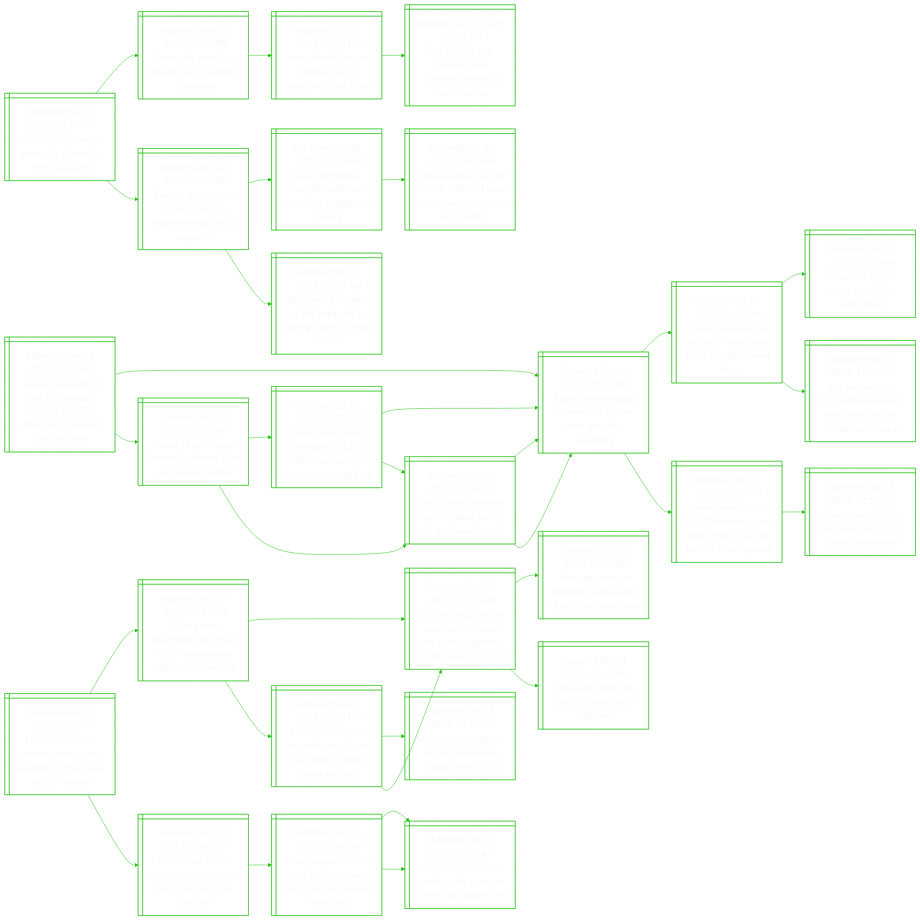
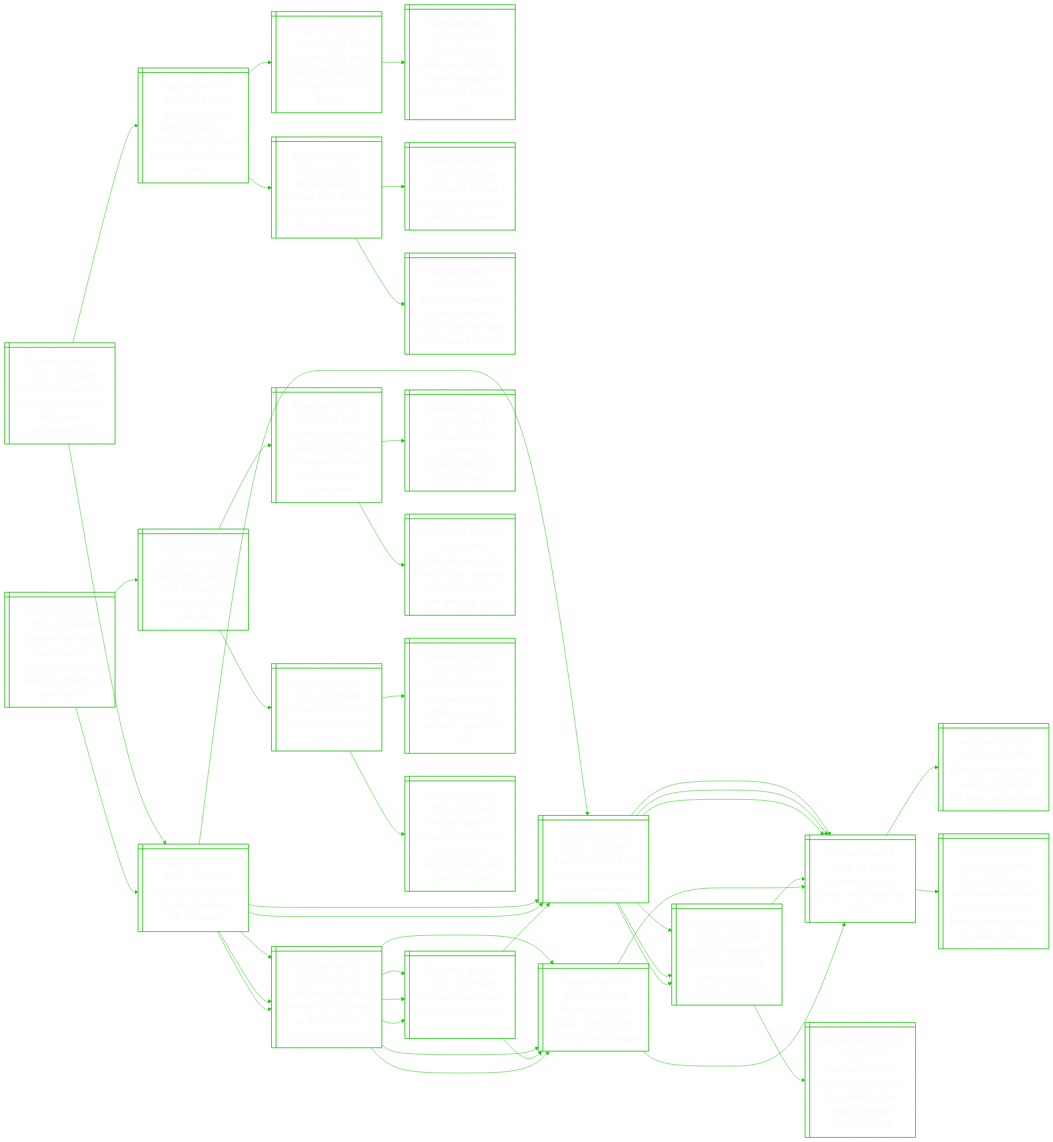
One commit to notJmes/notJmes changed the diagram in README.md. Above: the diagram before and after it, drawn with Mermaid. The commit also changed other lines of this file, not shown here.

````diff
--- a/README.md
+++ b/README.md
@@ -16,109 +16,139 @@
 flowchart LR
 classDef txtsize font-size:20px;
 
-Ctudieriaa@{ shape: win-pane, label: "_Published Nov 19, 2025, 07:17 PM_
-Christie’s suspends paris sale of world’s ‘first calculator’" }
-Dnpncotnv@{ shape: win-pane, label: "_Published Nov 06, 2025, 09:05 PM_
-Diamonds, napoleon brooch up for auction in geneva" }
-Jisedpunui@{ shape: win-pane, label: "_Published Oct 21, 2025, 10:50 PM_
-Jane birkin’s hermes handbag up for auction in abu dhabi" }
-TagBnhcait@{ shape: win-pane, label: "_Published Jul 10, 2025, 11:59 PM_
-The $12.8m bag: original birkin smashes records at paris auction" }
-Erehiaaasnnr@{ shape: win-pane, label: "_Published Mar 28, 2025, 05:00 AM_
-Electric dreams: the curious tale of a thomas edison fan in singapore" }
-TunMhlrhgaso@{ shape: win-pane, label: "_Published Aug 10, 2024, 05:00 AM_
-Treasure hunters: meet the collectors archiving singapore’s history" }
-SAsieohvlusZst@{ shape: win-pane, label: "_Published Oct 26, 2023, 06:45 PM_
-Sonny angels: the tiny cherub dolls that have stolen countless gen z girls’ hearts" }
-UentlgetqAut@{ shape: win-pane, label: "_Published Mar 07, 2025, 10:00 AM_
-Uncovering nuggets of old singapore at katong square antique centre" }
+Untatucfoawi@{ shape: win-pane, label: "_Published Nov 19, 2025, 11:13 PM_
+Us, uk and australia sanction russia cyber firms over ransomware links" }
+Ustpsyssisriico@{ shape: win-pane, label: "_Published Nov 19, 2025, 07:13 PM_
+Uk says ‘military options ready’ as russian spy ship uses lasers against air force pilots" }
+UltlTytnsP@{ shape: win-pane, label: "_Published Oct 28, 2025, 12:20 AM_
+Uk seals $13b jets deal with turkey in nato sign to russia’s putin" }
+Nycimreemifile@{ shape: win-pane, label: "_Published Sep 01, 2025, 12:44 AM_
+Norway selects british-made frigates to beef up maritime defence in $17 billion deal" }
+UjdfnnnnroiRae@{ shape: win-pane, label: "_Published Nov 08, 2025, 01:17 AM_
+Uk man jailed for offering then-defence minister’s information to russian ‘spies’" }
+Rebdikajde@{ shape: win-pane, label: "_Published Oct 24, 2025, 11:00 PM_
+Ringleader behind russia-linked uk arson jailed for 17 years" }
+BrccnabRaekoefi@{ shape: win-pane, label: "_Published Mar 07, 2025, 11:11 PM_
+Bulgarians convicted in britain of being russian spies working for wirecard fugitive" }
+RaiieZslTy@{ shape: win-pane, label: "_Published Nov 19, 2025, 10:46 PM_
+Russian strikes kill 25 ahead of zelensky talks in turkey" }
+RakyanclUns@{ shape: win-pane, label: "_Published Nov 15, 2025, 04:56 AM_
+Russia strike on kyiv apartment block kills six, ukraine says" }
+Unalsrit@{ shape: win-pane, label: "_Published Nov 14, 2025, 09:56 AM_
+Ukrainian capital comes under ‘massive’ attack" }
+AapsRamlaibia@{ shape: win-pane, label: "_Published Nov 14, 2025, 11:27 PM_
+Azerbaijan protests to russia over missile damage to its embassy in ukraine" }
+Unlywlmiefesei@{ shape: win-pane, label: "_Published Nov 16, 2025, 04:39 AM_
+Ukraine’s zelensky renews calls for more air defence after deadly strike on kyiv" }
+Unitnilnes@{ shape: win-pane, label: "_Published Nov 16, 2025, 12:29 AM_
+Ukraine claims attack on russian oil refinery near moscow" }
+UnaRatufasy@{ shape: win-pane, label: "_Published Nov 14, 2025, 05:55 PM_
+Ukraine attack on russian port disrupts 2% of global oil supply" }
 
-Ctudieriaa:::txtsize --> Dnpncotnv:::txtsize
-Dnpncotnv:::txtsize --> Jisedpunui:::txtsize
-Jisedpunui:::txtsize --> TagBnhcait:::txtsize
-Ctudieriaa:::txtsize --> Erehiaaasnnr:::txtsize
-Erehiaaasnnr:::txtsize --> TunMhlrhgaso:::txtsize
-TunMhlrhgaso:::txtsize --> SAsieohvlusZst:::txtsize
-Erehiaaasnnr:::txtsize --> UentlgetqAut:::txtsize
+Untatucfoawi:::txtsize --> Ustpsyssisriico:::txtsize
+Ustpsyssisriico:::txtsize --> UltlTytnsP:::txtsize
+UltlTytnsP:::txtsize --> Nycimreemifile:::txtsize
+Ustpsyssisriico:::txtsize --> UjdfnnnnroiRae:::txtsize
+UjdfnnnnroiRae:::txtsize --> Rebdikajde:::txtsize
+UjdfnnnnroiRae:::txtsize --> BrccnabRaekoefi:::txtsize
+Untatucfoawi:::txtsize --> RaiieZslTy:::txtsize
+RaiieZslTy:::txtsize --> RakyanclUns:::txtsize
+RakyanclUns:::txtsize --> Unalsrit:::txtsize
+RakyanclUns:::txtsize --> AapsRamlaibia:::txtsize
+RaiieZslTy:::txtsize --> Unlywlmiefesei:::txtsize
+Unlywlmiefesei:::txtsize --> Unitnilnes:::txtsize
+Unlywlmiefesei:::txtsize --> UnaRatufasy:::txtsize
 
-Leudecafexdrl@{ shape: win-pane, label: "_Published Nov 19, 2025, 06:53 PM_
-Louvre museum to add 100 external cameras by 2026 after heist exposed security flaws" }
-Ptineluiisey@{ shape: win-pane, label: "_Published Oct 19, 2025, 05:51 PM_
-Power tool-wielding thieves flee louvre with ‘priceless’ jewellery" }
-GpboiPoidaes@{ shape: win-pane, label: "_Published Apr 28, 2025, 01:06 PM_
-‘grandpa robbers’ go on trial in paris over kim kardashian jewel heist" }
-NegaTrah@{ shape: win-pane, label: "_Published Feb 20, 2025, 01:00 PM_
-Nike bets big on reality tv star kim kardashian" }
-Kriinucneida@{ shape: win-pane, label: "_Published May 17, 2023, 12:00 PM_
-Kim kardashian's $1.34 billion buyout pitch leans on her social media reach" }
-Gpssofemmnsrt@{ shape: win-pane, label: "_Published Jun 02, 2025, 11:15 PM_
-Greenpeace steals $59,000 macron wax figure from museum for anti-russia protest" }
-GpmglnolN@{ shape: win-pane, label: "_Published Mar 21, 2025, 02:52 PM_
-Greenpeace $880m damages ruling in us shocks global ngos" }
-Coievitecjs@{ shape: win-pane, label: "_Published Oct 31, 2025, 07:06 PM_
-Count of paris urges louvre thieves to ‘give us back our jewels’" }
-Leteidlaerrsl@{ shape: win-pane, label: "_Published Oct 22, 2025, 02:52 AM_
-Louvre heist losses estimated at $133 million as museum director faces grilling" }
-Ptineluiisey@{ shape: win-pane, label: "_Published Oct 19, 2025, 05:51 PM_
-Power tool-wielding thieves flee louvre with ‘priceless’ jewellery" }
-PLeubhwitea@{ shape: win-pane, label: "_Published Oct 20, 2025, 02:36 AM_
-Paris’ louvre museum robbery: what jewels did the thieves steal?" }
-PLeubhwitea@{ shape: win-pane, label: "_Published Oct 20, 2025, 02:36 AM_
-Paris’ louvre museum robbery: what jewels did the thieves steal?" }
-Ptineluiisey@{ shape: win-pane, label: "_Published Oct 19, 2025, 05:51 PM_
-Power tool-wielding thieves flee louvre with ‘priceless’ jewellery" }
-Ptineluiisey@{ shape: win-pane, label: "_Published Oct 19, 2025, 05:51 PM_
-Power tool-wielding thieves flee louvre with ‘priceless’ jewellery" }
+UnlysienoeoUch@{ shape: win-pane, label: "_Published Nov 19, 2025, 10:48 PM_
+Ukraine’s zelensky meets turkish president as word emerges of new us peace push" }
+RaiieZslTy@{ shape: win-pane, label: "_Published Nov 19, 2025, 10:46 PM_
+Russian strikes kill 25 ahead of zelensky talks in turkey" }
+RakyanclUns@{ shape: win-pane, label: "_Published Nov 15, 2025, 04:56 AM_
+Russia strike on kyiv apartment block kills six, ukraine says" }
+Unalsrit@{ shape: win-pane, label: "_Published Nov 14, 2025, 09:56 AM_
+Ukrainian capital comes under ‘massive’ attack" }
+AapsRamlaibia@{ shape: win-pane, label: "_Published Nov 14, 2025, 11:27 PM_
+Azerbaijan protests to russia over missile damage to its embassy in ukraine" }
+Unlywlmiefesei@{ shape: win-pane, label: "_Published Nov 16, 2025, 04:39 AM_
+Ukraine’s zelensky renews calls for more air defence after deadly strike on kyiv" }
+Unitnilnes@{ shape: win-pane, label: "_Published Nov 16, 2025, 12:29 AM_
+Ukraine claims attack on russian oil refinery near moscow" }
+UnaRatufasy@{ shape: win-pane, label: "_Published Nov 14, 2025, 05:55 PM_
+Ukraine attack on russian port disrupts 2% of global oil supply" }
+CpsartosUnly@{ shape: win-pane, label: "_Published Nov 12, 2025, 11:15 PM_
+Corruption scandal, court battles pose test for ukraine’s zelensky" }
+UnpCeiaronhwmen@{ shape: win-pane, label: "_Published Nov 12, 2025, 08:51 PM_
+Ukraine suspends cabinet minister as corruption scandal shakes wartime government" }
+CZslufetarc@{ shape: win-pane, label: "_Published Nov 12, 2025, 06:54 AM_
+Close zelensky ally accused of orchestrating major graft scheme" }
+Zsvossssrrsgai@{ shape: win-pane, label: "_Published Jul 31, 2025, 10:39 PM_
+Zelensky, moving to defuse crisis, restores power of ukraine’s anti-graft agencies" }
+UnasnaRaa@{ shape: win-pane, label: "_Published Nov 09, 2025, 08:55 PM_
+Ukraine scrambles for energy after russian attacks" }
+Unnimruieusnoos@{ shape: win-pane, label: "_Published Nov 09, 2025, 01:25 PM_
+Ukraine drone strike temporarily cuts utilities in russia’s voronezh, governor says" }
+SdroisdshazaeaUn@{ shape: win-pane, label: "_Published Nov 09, 2025, 03:53 AM_
+Second external power line restored at russian-held zaporizhzhia nuclear plant in ukraine" }
 
-Leudecafexdrl:::txtsize --> Ptineluiisey:::txtsize
-Ptineluiisey:::txtsize --> GpboiPoidaes:::txtsize
-GpboiPoidaes:::txtsize --> NegaTrah:::txtsize
-GpboiPoidaes:::txtsize --> Kriinucneida:::txtsize
-Ptineluiisey:::txtsize --> Gpssofemmnsrt:::txtsize
-Gpssofemmnsrt:::txtsize --> GpmglnolN:::txtsize
-Leudecafexdrl:::txtsize --> Coievitecjs:::txtsize
-Coievitecjs:::txtsize --> Leteidlaerrsl:::txtsize
-Leteidlaerrsl:::txtsize --> Ptineluiisey:::txtsize
-Leteidlaerrsl:::txtsize --> PLeubhwitea:::txtsize
-Coievitecjs:::txtsize --> PLeubhwitea:::txtsize
-PLeubhwitea:::txtsize --> Ptineluiisey:::txtsize
-PLeubhwitea:::txtsize --> Ptineluiisey:::txtsize
+UnlysienoeoUch:::txtsize --> RaiieZslTy:::txtsize
+RaiieZslTy:::txtsize --> RakyanclUns:::txtsize
+RakyanclUns:::txtsize --> Unalsrit:::txtsize
+RakyanclUns:::txtsize --> AapsRamlaibia:::txtsize
+RaiieZslTy:::txtsize --> Unlywlmiefesei:::txtsize
+Unlywlmiefesei:::txtsize --> Unitnilnes:::txtsize
+Unlywlmiefesei:::txtsize --> UnaRatufasy:::txtsize
+UnlysienoeoUch:::txtsize --> CpsartosUnly:::txtsize
+CpsartosUnly:::txtsize --> UnpCeiaronhwmen:::txtsize
+UnpCeiaronhwmen:::txtsize --> CZslufetarc:::txtsize
+UnpCeiaronhwmen:::txtsize --> Zsvossssrrsgai:::txtsize
+CpsartosUnly:::txtsize --> UnasnaRaa:::txtsize
+UnasnaRaa:::txtsize --> Unnimruieusnoos:::txtsize
+UnasnaRaa:::txtsize --> SdroisdshazaeaUn:::txtsize
 
-Nrsseaeeeiyci@{ shape: win-pane, label: "_Published Nov 19, 2025, 06:25 PM_
-Netherlands halts nexperia takeover in gesture to china, says dutch minister" }
-Cgspspunehoiu@{ shape: win-pane, label: "_Published Nov 09, 2025, 09:15 PM_
-China grants exemptions to export curbs on nexperia chips for civilian use" }
-Unloehmsewne@{ shape: win-pane, label: "_Published Oct 30, 2025, 10:01 AM_
-Us, china seal deal on rare earths; trump says xi meeting was a 12 on scale of 1 to 10" }
-LnmegvpSaee@{ shape: win-pane, label: "_Published Oct 30, 2025, 12:05 AM_
-Looming trump-xi meeting revives hope of us-china trade truce" }
-Wrteamdar@{ shape: win-pane, label: "_Published Oct 21, 2025, 09:47 PM_
-Why rare earths are china’s trump card in trade war" }
-Chbetolefeins@{ shape: win-pane, label: "_Published Nov 09, 2025, 05:15 PM_
-China halts ban on export to us of dual-use metals, further easing tensions" }
-CtbrkiimnU@{ shape: win-pane, label: "_Published Dec 03, 2024, 05:23 PM_
-China to curb exports of key chipmaking components to us" }
-Unloehmsewne@{ shape: win-pane, label: "_Published Oct 30, 2025, 10:01 AM_
-Us, china seal deal on rare earths; trump says xi meeting was a 12 on scale of 1 to 10" }
-Dsoheercrmi@{ shape: win-pane, label: "_Published Jun 12, 2023, 02:45 PM_
-Dutch seek to bar chinese students from tech courses amid chip war" }
-ElinlhsuhuneL@{ shape: win-pane, label: "_Published Feb 15, 2023, 06:24 PM_
-Ex-employee in china stole tech data, says dutch chip equipment maker asml" }
-UuethnpCcxl@{ shape: win-pane, label: "_Published Jan 28, 2023, 10:25 AM_
-Us secures deal with netherlands, japan on china chip export limit" }
-UuethnpCcxl@{ shape: win-pane, label: "_Published Jan 28, 2023, 10:25 AM_
-Us secures deal with netherlands, japan on china chip export limit" }
+RaiieZslTy@{ shape: win-pane, label: "_Published Nov 19, 2025, 10:46 PM_
+Russian strikes kill 25 ahead of zelensky talks in turkey" }
+RakyanclUns@{ shape: win-pane, label: "_Published Nov 15, 2025, 04:56 AM_
+Russia strike on kyiv apartment block kills six, ukraine says" }
+Unalsrit@{ shape: win-pane, label: "_Published Nov 14, 2025, 09:56 AM_
+Ukrainian capital comes under ‘massive’ attack" }
+Raaanasoleaa@{ shape: win-pane, label: "_Published Nov 08, 2025, 06:40 PM_
+Russian attacks target nuclear substations, kill seven, ukraine says" }
+UlRamaoerwttsparr@{ shape: win-pane, label: "_Published Oct 25, 2025, 06:05 PM_
+Us could hit russia with more sanctions to end ukraine war, but first wants europe to raise pressure" }
+AapsRamlaibia@{ shape: win-pane, label: "_Published Nov 14, 2025, 11:27 PM_
+Azerbaijan protests to russia over missile damage to its embassy in ukraine" }
+Unalsrit@{ shape: win-pane, label: "_Published Nov 14, 2025, 09:56 AM_
+Ukrainian capital comes under ‘massive’ attack" }
+Aalrsidtdlonepkn@{ shape: win-pane, label: "_Published Jul 20, 2025, 02:56 AM_
+Azerbaijan leader wants russia to admit it accidentally shot down passenger plane killing 38" }
+Unlywlmiefesei@{ shape: win-pane, label: "_Published Nov 16, 2025, 04:39 AM_
+Ukraine’s zelensky renews calls for more air defence after deadly strike on kyiv" }
+Unitnilnes@{ shape: win-pane, label: "_Published Nov 16, 2025, 12:29 AM_
+Ukraine claims attack on russian oil refinery near moscow" }
+RakyanclUns@{ shape: win-pane, label: "_Published Nov 15, 2025, 04:56 AM_
+Russia strike on kyiv apartment block kills six, ukraine says" }
+UnaRatufasy@{ shape: win-pane, label: "_Published Nov 14, 2025, 05:55 PM_
+Ukraine attack on russian port disrupts 2% of global oil supply" }
+UnaRatufasy@{ shape: win-pane, label: "_Published Nov 14, 2025, 05:55 PM_
+Ukraine attack on russian port disrupts 2% of global oil supply" }
+Unalsrit@{ shape: win-pane, label: "_Published Nov 14, 2025, 09:56 AM_
+Ukrainian capital comes under ‘massive’ attack" }
+Unalsrit@{ shape: win-pane, label: "_Published Nov 14, 2025, 09:56 AM_
+Ukrainian capital comes under ‘massive’ attack" }
 
-Nrsseaeeeiyci:::txtsize --> Cgspspunehoiu:::txtsize
-Cgspspunehoiu:::txtsize --> Unloehmsewne:::txtsize
-Unloehmsewne:::txtsize --> LnmegvpSaee:::txtsize
-Unloehmsewne:::txtsize --> Wrteamdar:::txtsize
-Cgspspunehoiu:::txtsize --> Chbetolefeins:::txtsize
-Chbetolefeins:::txtsize --> CtbrkiimnU:::txtsize
-Chbetolefeins:::txtsize --> Unloehmsewne:::txtsize
-Nrsseaeeeiyci:::txtsize --> Dsoheercrmi:::txtsize
-Dsoheercrmi:::txtsize --> ElinlhsuhuneL:::txtsize
-ElinlhsuhuneL:::txtsize --> UuethnpCcxl:::txtsize
-ElinlhsuhuneL:::txtsize --> UuethnpCcxl:::txtsize
+RaiieZslTy:::txtsize --> RakyanclUns:::txtsize
+RakyanclUns:::txtsize --> Unalsrit:::txtsize
+Unalsrit:::txtsize --> Raaanasoleaa:::txtsize
+Unalsrit:::txtsize --> UlRamaoerwttsparr:::txtsize
+RakyanclUns:::txtsize --> AapsRamlaibia:::txtsize
+AapsRamlaibia:::txtsize --> Unalsrit:::txtsize
+AapsRamlaibia:::txtsize --> Aalrsidtdlonepkn:::txtsize
+RaiieZslTy:::txtsize --> Unlywlmiefesei:::txtsize
+Unlywlmiefesei:::txtsize --> Unitnilnes:::txtsize
+Unitnilnes:::txtsize --> RakyanclUns:::txtsize
+Unitnilnes:::txtsize --> UnaRatufasy:::txtsize
+Unlywlmiefesei:::txtsize --> UnaRatufasy:::txtsize
+UnaRatufasy:::txtsize --> Unalsrit:::txtsize
+UnaRatufasy:::txtsize --> Unalsrit:::txtsize
 
 ```
````
